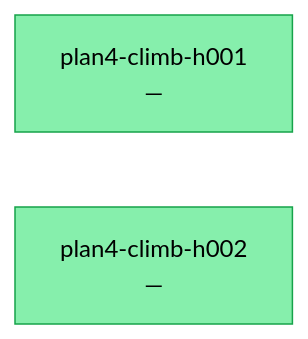
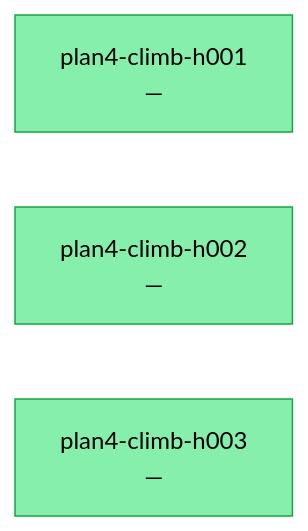
The diagram in docs/status/climb/research-tree.md (uukuguy/asterion), drawn with Mermaid (forest theme) before and after one commit. The commit also changed other lines of this file and 7 other files, not shown here.

````diff
--- a/docs/status/climb/research-tree.md
+++ b/docs/status/climb/research-tree.md
@@ -35,11 +36,13 @@
 ```mermaid
 graph LR
     classDef sota fill:#4ade80,stroke:#15803d,color:#000
     classDef confirmed fill:#86efac,stroke:#16a34a,color:#000
     classDef falsified fill:#fca5a5,stroke:#b91c1c,color:#000
     classDef pending fill:#fde68a,stroke:#a16207,color:#000
     plan4_climb_h001["plan4-climb-h001<br/>—"]
     class plan4_climb_h001 confirmed
     plan4_climb_h002["plan4-climb-h002<br/>—"]
     class plan4_climb_h002 confirmed
+    plan4_climb_h003["plan4-climb-h003<br/>—"]
+    class plan4_climb_h003 confirmed
 ```
````
